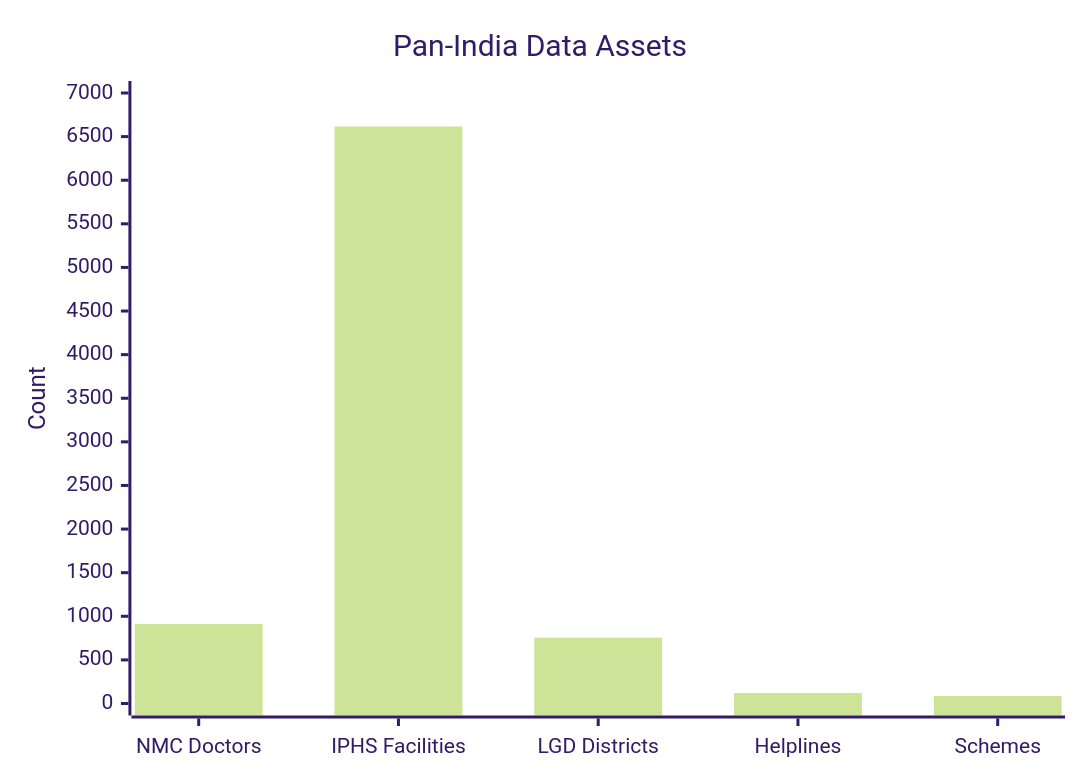
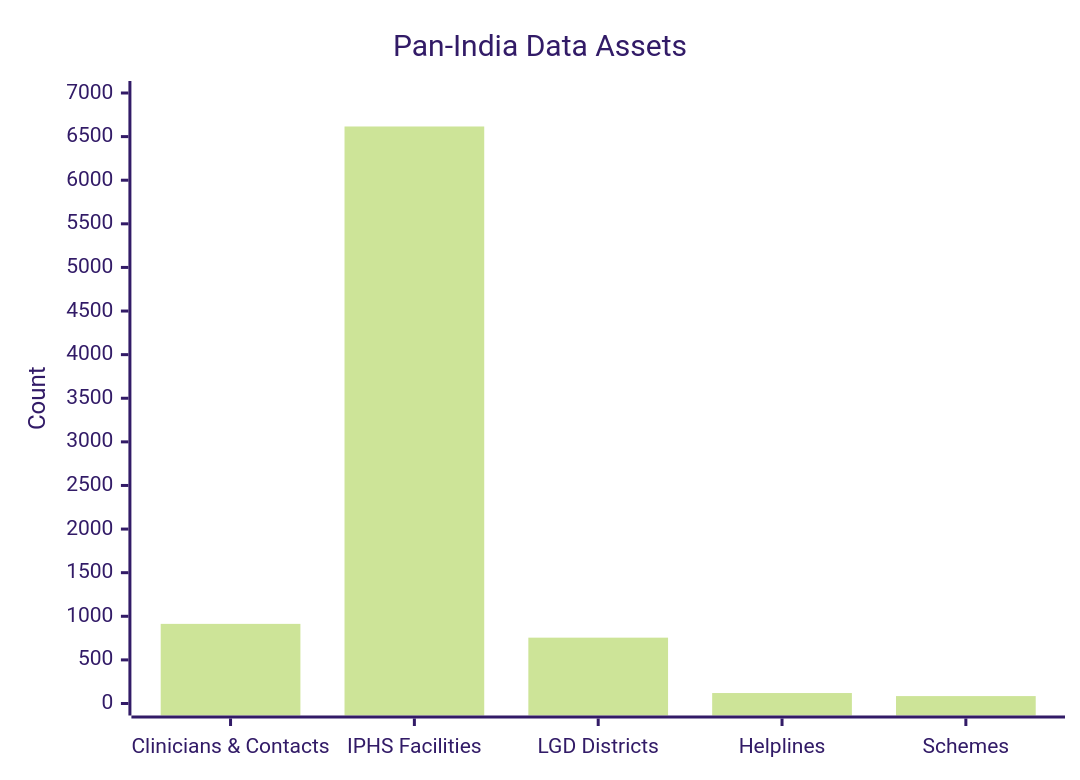
The fourth of 9 diagrams in README.md (Arnavshukla09/RURAL-HEALTHCARE-PLATFORM), drawn with Mermaid (forest theme) before and after one commit. The commit also changed other lines of this file and 2 other files, not shown here.

````diff
--- a/README.md
+++ b/README.md
@@ -421,7 +422,7 @@
 ```mermaid
 xychart-beta
     title "Pan-India Data Assets"
-    x-axis ["NMC Doctors", "IPHS Facilities", "LGD Districts", "Helplines", "Schemes"]
+    x-axis ["Clinicians & Contacts", "IPHS Facilities", "LGD Districts", "Helplines", "Schemes"]
     y-axis "Count" 0 --> 7000
     bar [913, 6616, 755, 120, 85]
 ```
````
